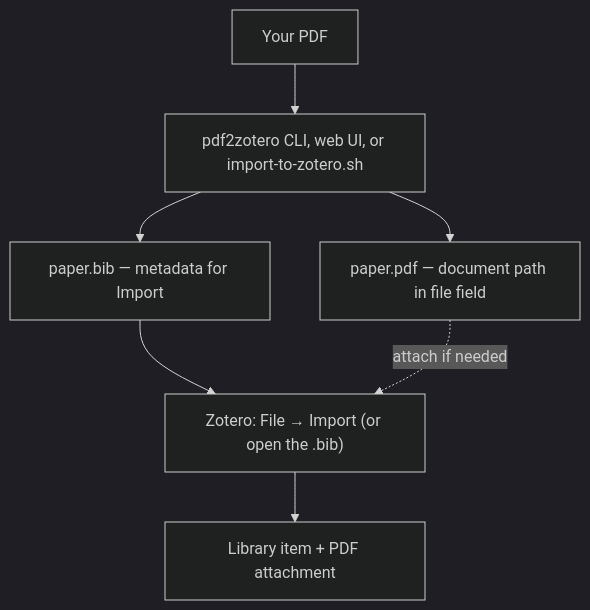
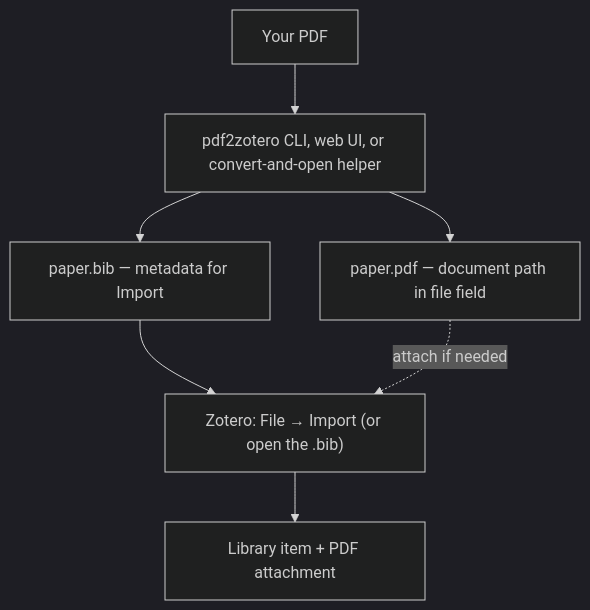
One commit to jensabrahamsson/pdf2zotero changed the first of 2 diagrams in GETTING_STARTED.md. Above: the diagram before and after it, drawn with Mermaid (dark theme). The commit also changed other lines of this file and 16 other files, not shown here.

First line of the commit message:
Add Windows support for paths, GROBID, import helper, and docs (#3)

````diff
--- a/GETTING_STARTED.md
+++ b/GETTING_STARTED.md
@@ -39,9 +39,9 @@
 ```mermaid
 flowchart TD
-  PDF[Your PDF] --> P2Z[pdf2zotero CLI, web UI, or import-to-zotero.sh]
+  PDF[Your PDF] --> P2Z[pdf2zotero CLI, web UI, or convert-and-open helper]
   P2Z --> BIB["paper.bib — metadata for Import"]
   P2Z --> PDFout["paper.pdf — document path in file field"]
   BIB --> Z["Zotero: File → Import (or open the .bib)"]
   PDFout -.->|attach if needed| Z
   Z --> DONE[Library item + PDF attachment]
 ```
````
